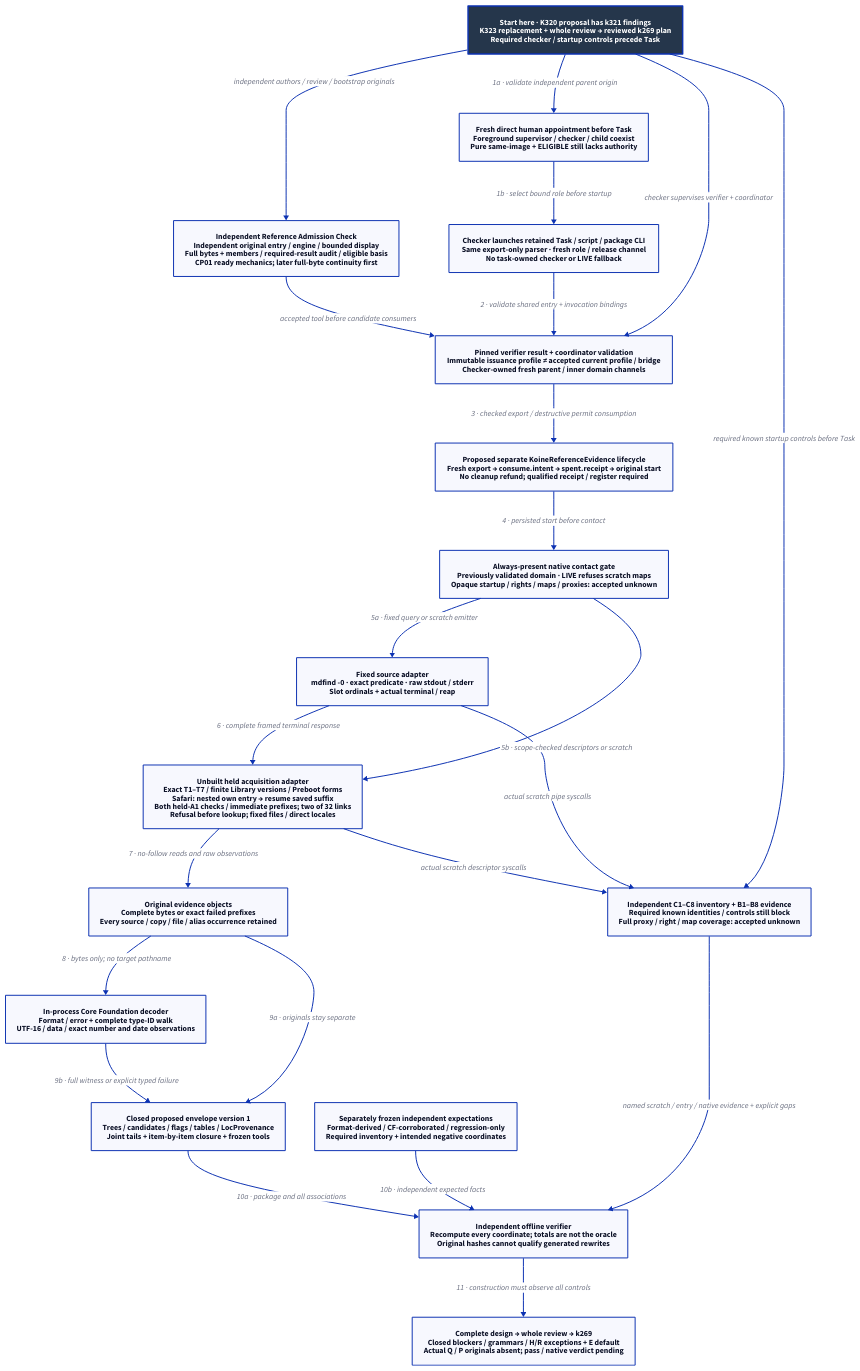
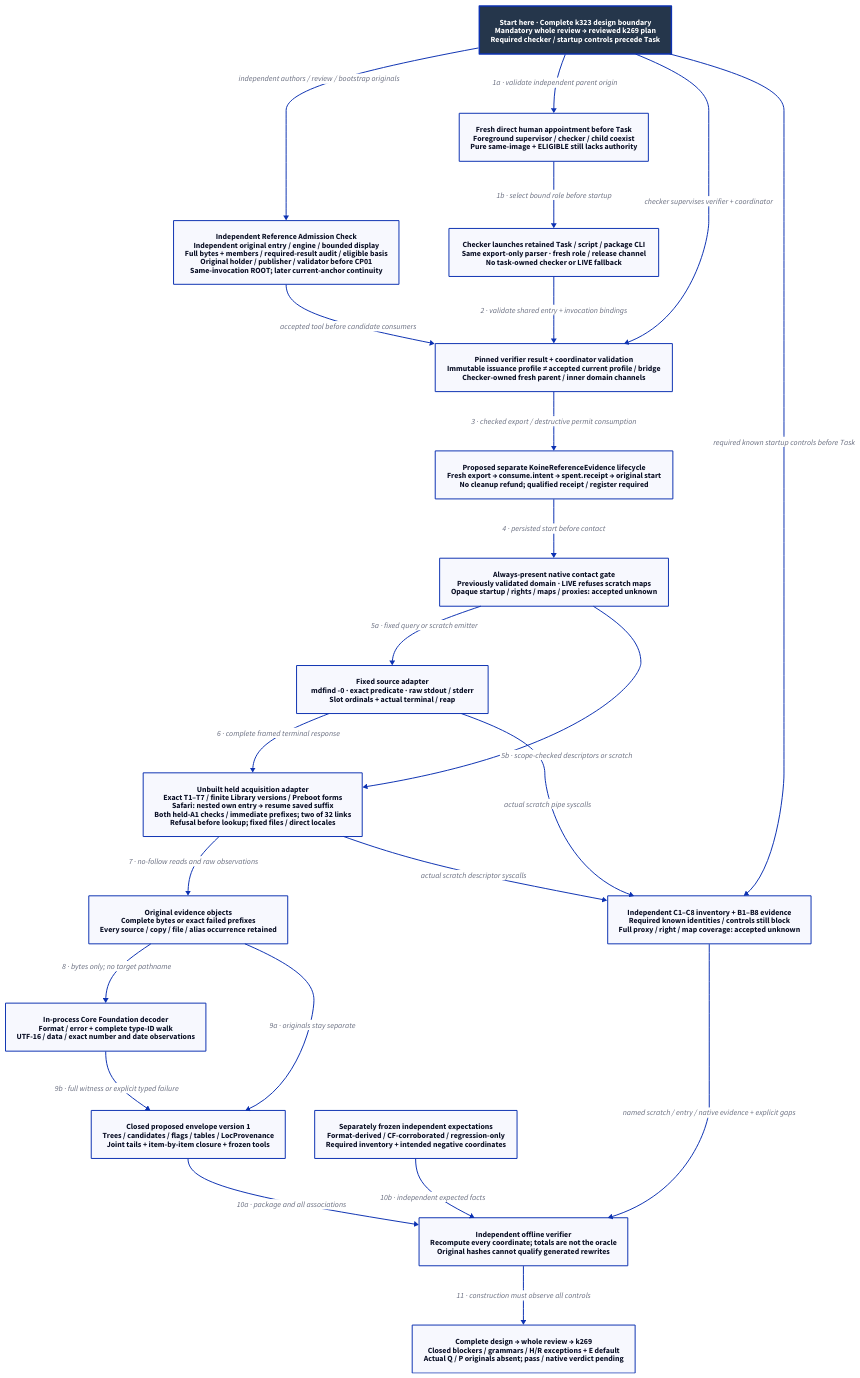
One commit to Linkuistics/Koine changed the diagram in docs/design/architecture/native-reference-instrument.d2. Above: the diagram before and after it, drawn with D2. The commit also changed 51 other files, not shown here.

First line of the commit message:
Complete practical admission correspondence (reference-evidence-practical-admission-correspondence-k327)

```diff
--- a/docs/design/architecture/native-reference-instrument.d2
+++ b/docs/design/architecture/native-reference-instrument.d2
@@ -1,43 +1,43 @@
 # Proposed evidence-tool components; none is implemented or qualified by this design.
 direction: down
 classes: {
   start: {style: {fill: "#25364B"; font-color: "#FFFFFF"; bold: true; stroke-width: 3}}
 }
-Start: "Start here · K320 proposal has k321 findings\nK323 replacement + whole review → reviewed k269 plan\nRequired checker / startup controls precede Task" {class: start}
+Start: "Start here · Complete k323 design boundary\nMandatory whole review → reviewed k269 plan\nRequired checker / startup controls precede Task" {class: start}
 Role: "Fresh direct human appointment before Task\nForeground supervisor / checker / child coexist\nPure same-image + ELIGIBLE still lacks authority"
 Task: "Checker launches retained Task / script / package CLI\nSame export-only parser · fresh role / release channel\nNo task-owned checker or LIVE fallback"
 Admission: "Pinned verifier result + coordinator validation\nImmutable issuance profile ≠ accepted current profile / bridge\nChecker-owned fresh parent / inner domain channels"
 Authority: "Proposed separate KoineReferenceEvidence lifecycle\nFresh export → consume.intent → spent.receipt → original start\nNo cleanup refund; qualified receipt / register required"
 Gate: "Always-present native contact gate\nPreviously validated domain · LIVE refuses scratch maps\nOpaque startup / rights / maps / proxies: accepted unknown"
 Source: "Fixed source adapter\nmdfind -0 · exact predicate · raw stdout / stderr\nSlot ordinals + actual terminal / reap"
 Held: "Unbuilt held acquisition adapter\nExact T1–T7 / finite Library versions / Preboot forms\nSafari: nested own entry → resume saved suffix\nBoth held-A1 checks / immediate prefixes; two of 32 links\nRefusal before lookup; fixed files / direct locales"
 Objects: "Original evidence objects\nComplete bytes or exact failed prefixes\nEvery source / copy / file / alias occurrence retained"
 Decoder: "In-process Core Foundation decoder\nFormat / error + complete type-ID walk\nUTF-16 / data / exact number and date observations"
 Envelope: "Closed proposed envelope version 1\nTrees / candidates / flags / tables / LocProvenance\nJoint tails + item-by-item closure + frozen tools"
 Oracle: "Separately frozen independent expectations\nFormat-derived / CF-corroborated / regression-only\nRequired inventory + intended negative coordinates"
 Observer: "Independent C1–C8 inventory + B1–B8 evidence\nRequired known identities / controls still block\nFull proxy / right / map coverage: accepted unknown"
 Verifier: "Independent offline verifier\nRecompute every coordinate; totals are not the oracle\nOriginal hashes cannot qualify generated rewrites"
 Boundary: "Complete design → whole review → k269\nClosed blockers / grammars / H/R exceptions + E default\nActual Q / P originals absent; pass / native verdict pending"
-Compare: "Independent Reference Admission Check\nIndependent original entry / engine / bounded display\nFull bytes + members / required-result audit / eligible basis\nCP01 ready mechanics; later full-byte continuity first"
+Compare: "Independent Reference Admission Check\nIndependent original entry / engine / bounded display\nFull bytes + members / required-result audit / eligible basis\nOriginal holder / publisher / validator before CP01\nSame-invocation ROOT; later current-anchor continuity"
 Compare -> Admission: "accepted tool before candidate consumers"
 Start -> Compare: "independent authors / review / bootstrap originals"
 Start -> Role: "1a · validate independent parent origin"
 Role -> Task: "1b · select bound role before startup"
 Start -> Admission: "checker supervises verifier + coordinator"
 Start -> Observer: "required known startup controls before Task"
 Task -> Admission: "2 · validate shared entry + invocation bindings"
 Admission -> Authority: "3 · checked export / destructive permit consumption"
 Authority -> Gate: "4 · persisted start before contact"
 Gate -> Source: "5a · fixed query or scratch emitter"
 Gate -> Held: "5b · scope-checked descriptors or scratch"
 Source -> Held: "6 · complete framed terminal response"
 Held -> Objects: "7 · no-follow reads and raw observations"
 Objects -> Decoder: "8 · bytes only; no target pathname"
 Objects -> Envelope: "9a · originals stay separate"
 Decoder -> Envelope: "9b · full witness or explicit typed failure"
 Envelope -> Verifier: "10a · package and all associations"
 Oracle -> Verifier: "10b · independent expected facts"
 Source -> Observer: "actual scratch pipe syscalls"
 Held -> Observer: "actual scratch descriptor syscalls"
 Observer -> Verifier: "named scratch / entry / native evidence + explicit gaps"
 Verifier -> Boundary: "11 · construction must observe all controls"
```
